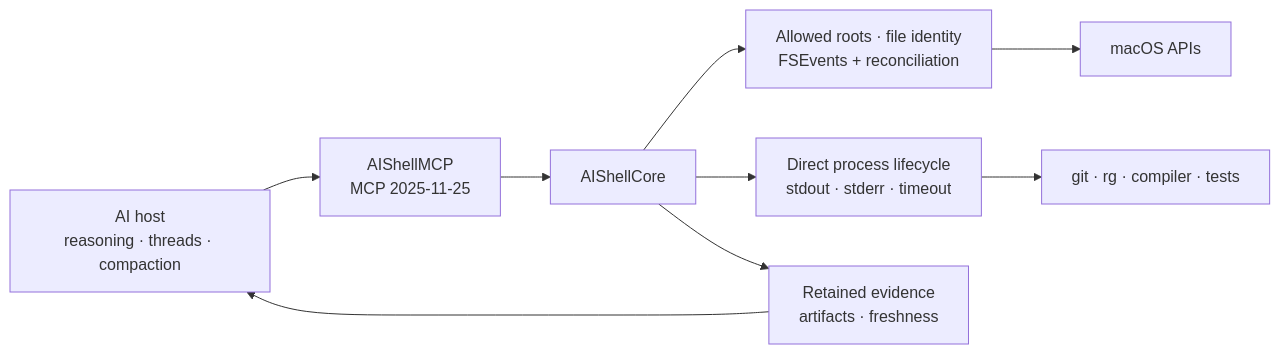
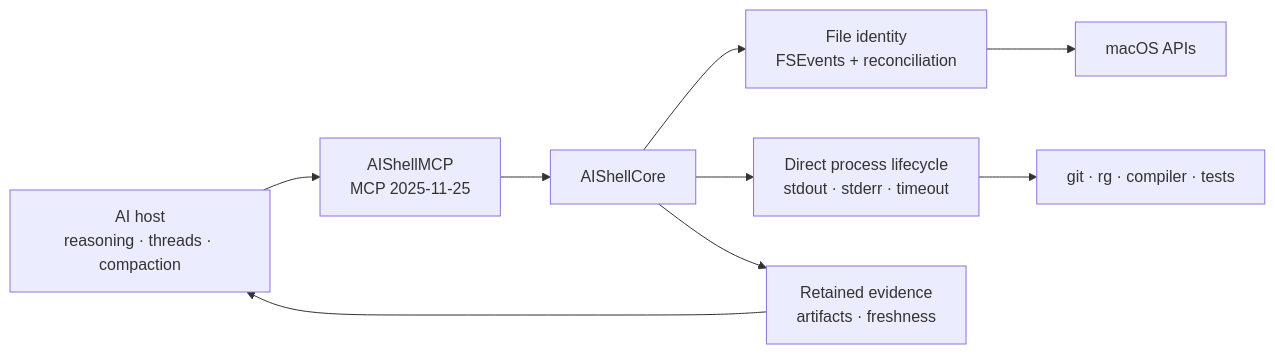
One commit to kitepon/aishell changed the diagram in README.ja.md. Above: the diagram before and after it, drawn with Mermaid. The commit also changed other lines of this file and 64 other files, not shown here.

````diff
--- a/README.ja.md
+++ b/README.ja.md
@@ -88,11 +88,11 @@
 ```mermaid
 flowchart LR
     Host[AI host<br/>reasoning · threads · compaction] --> MCP[AIShellMCP<br/>MCP 2025-11-25]
     MCP --> Core[AIShellCore]
-    Core --> State[Allowed roots · file identity<br/>FSEvents + reconciliation]
+    Core --> State[File identity<br/>FSEvents + reconciliation]
     Core --> Process[Direct process lifecycle<br/>stdout · stderr · timeout]
     Core --> Evidence[Retained evidence<br/>artifacts · freshness]
     Process --> Workers[git · rg · compiler · tests]
     State --> macOS[macOS APIs]
     Evidence --> Host
 ```
````
